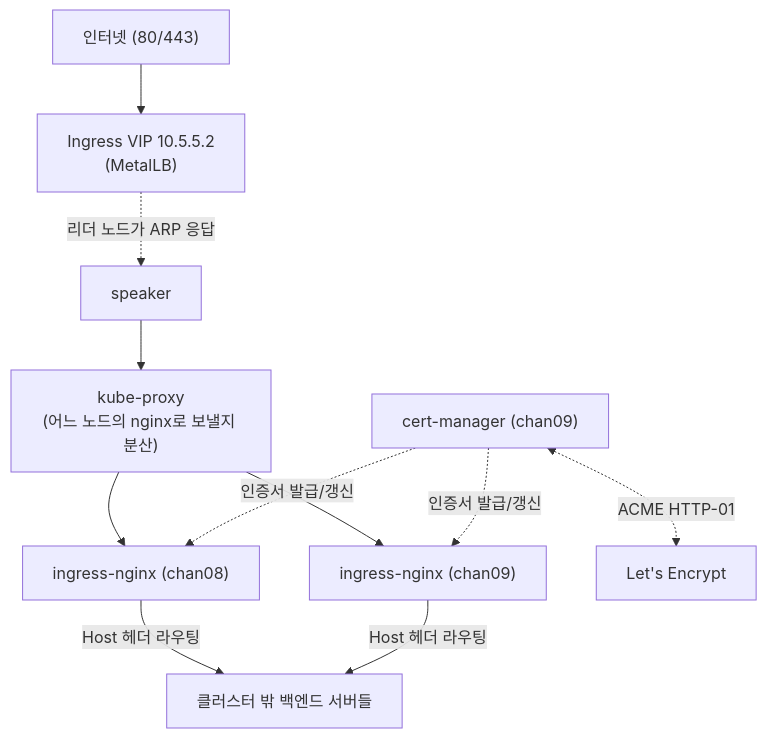
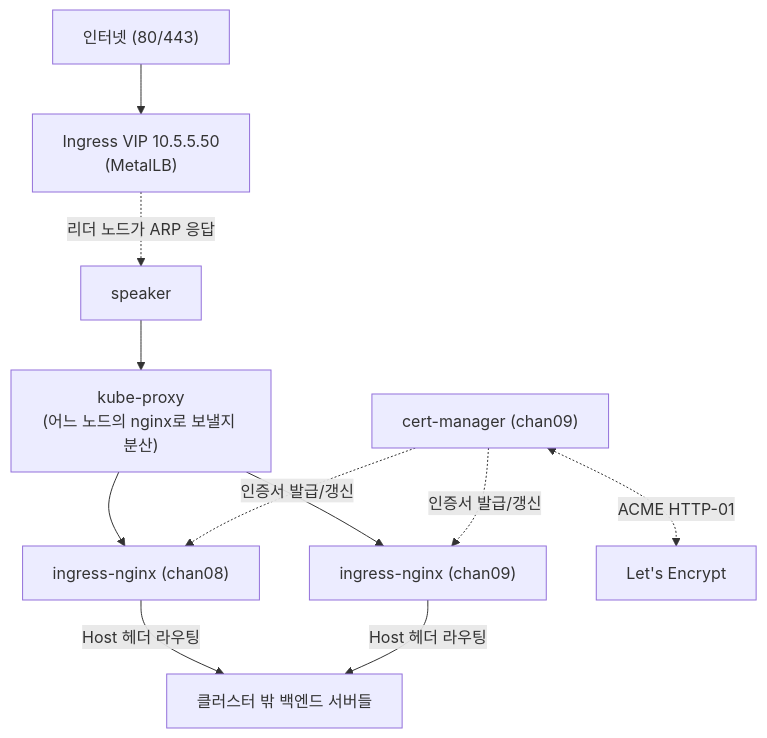
The second of 4 diagrams in concepts/kubernetes.md (gywndi/homelab-diary), drawn with Mermaid before and after one commit. The commit also changed 1 other file, not shown here.

Commit message:
concepts/lessons 전체 링크·앵커·IP 감사 — 오류 2건 정정
- concepts/kubernetes.md: 다이어그램의 Ingress VIP가 옛 주소(.2, 지금은 CoreDNS
  것)로 남아있던 것을 .50으로 정정
- lessons/ops-linux-basics.md: 01-provision.md 앵커 링크가 실제 헤딩 슬러그와
  안 맞아 깨져있던 것 수정
전체 concepts/*.md + lessons/*.md에 대해 코드펜스 짝, 상대링크 대상 존재 여부,
앵커 슬러그 일치, scripts/ 참조 경로 존재 여부, 버전 문자열(k8s/coredns/
starrocks) 일관성을 스크립트로 전수 검증 — 위 2건 외 이상 없음.

````diff
--- a/concepts/kubernetes.md
+++ b/concepts/kubernetes.md
@@ -42,13 +42,13 @@
 ```mermaid
 flowchart TB
-    WEB["인터넷 (80/443)"] --> INGVIP["Ingress VIP 10.5.5.2<br/>(MetalLB)"]
+    WEB["인터넷 (80/443)"] --> INGVIP["Ingress VIP 10.5.5.50<br/>(MetalLB)"]
     INGVIP -. "리더 노드가 ARP 응답" .-> SPEAKER["speaker"]
     SPEAKER --> PROXY["kube-proxy<br/>(어느 노드의 nginx로 보낼지 분산)"]
     PROXY --> NGINX1["ingress-nginx (chan08)"]
     PROXY --> NGINX2["ingress-nginx (chan09)"]
     NGINX1 -- "Host 헤더 라우팅" --> BACKEND["클러스터 밖 백엔드 서버들"]
     NGINX2 -- "Host 헤더 라우팅" --> BACKEND
     CERTM["cert-manager (chan09)"] -. "인증서 발급/갱신" .-> NGINX1
     CERTM -. "인증서 발급/갱신" .-> NGINX2
     CERTM <-. "ACME HTTP-01" .-> LE["Let's Encrypt"]
 ```
````
